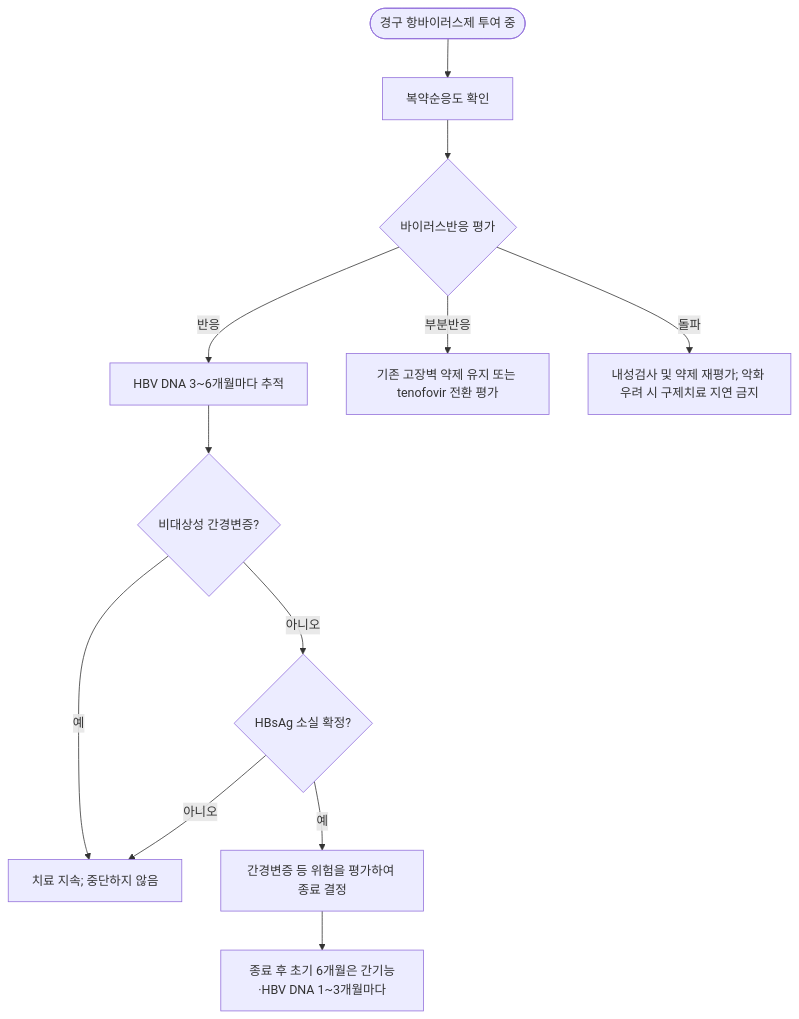
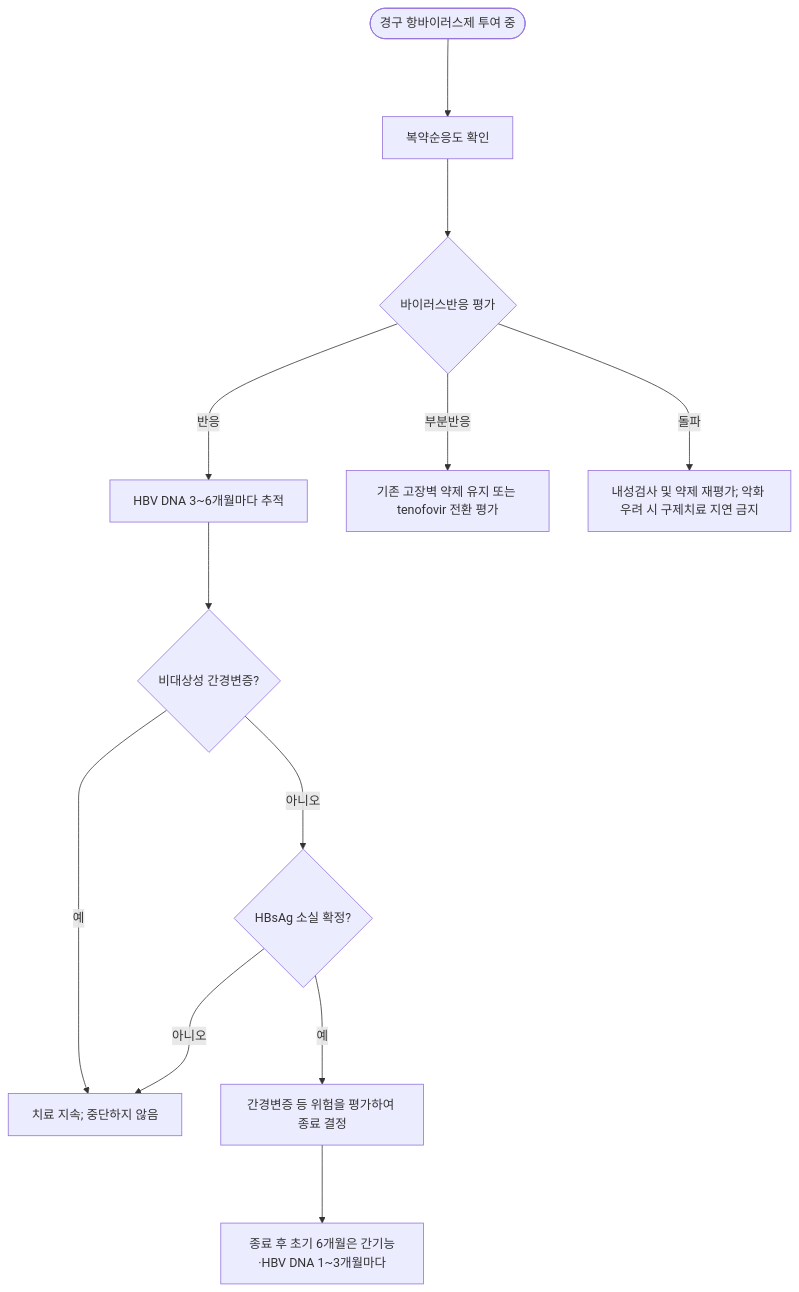
The third of 4 diagrams in 224_/091_hbv-infection.md (familyoh77/familyoh77), drawn with Mermaid before and after one commit. The commit also changed other lines of this file and 11 other files, not shown here.

````diff
--- a/224_/091_hbv-infection.md
+++ b/224_/091_hbv-infection.md
@@ -315,14 +361,14 @@
 ```mermaid
 flowchart TD
-    A(["경구 항바이러스제 투여 중"]) --> B["복약순응도 확인"]
-    B --> C{"바이러스반응 평가"}
-    C -- 반응 --> D["HBV DNA 3~6개월마다 추적"]
-    C -- 부분반응 --> E["기존 고장벽 약제 유지 또는 tenofovir 전환 평가"]
-    C -- 돌파 --> F["내성검사 및 약제 재평가; 악화 우려 시 구제치료 지연 금지"]
-    D --> G{"비대상성 간경변증?"}
-    G -- 예 --> I["치료 지속; 중단하지 않음"]
-    G -- 아니오 --> H{"HBsAg 소실 확정?"}
-    H -- 아니오 --> I
-    H -- 예 --> J["간경변증 등 위험을 평가하여 종료 결정"]
-    J --> K["종료 후 초기 6개월은 간기능·HBV DNA 1~3개월마다"]
+    A(["경구 항바이러스제 투여 중"]) ---> B["복약순응도 확인"]
+    B ---> C{"바이러스반응 평가"}
+    C -- 반응 ---> D["HBV DNA 3~6개월마다 추적"]
+    C -- 부분반응 ---> E["기존 고장벽 약제 유지 또는 tenofovir 전환 평가"]
+    C -- 돌파 ---> F["내성검사 및 약제 재평가; 악화 우려 시 구제치료 지연 금지"]
+    D ---> G{"비대상성 간경변증?"}
+    G -- 예 ---> I["치료 지속; 중단하지 않음"]
+    G -- 아니오 ---> H{"HBsAg 소실 확정?"}
+    H -- 아니오 ---> I
+    H -- 예 ---> J["간경변증 등 위험을 평가하여 종료 결정"]
+    J ---> K["종료 후 초기 6개월은 간기능·HBV DNA 1~3개월마다"]
 ```
````
